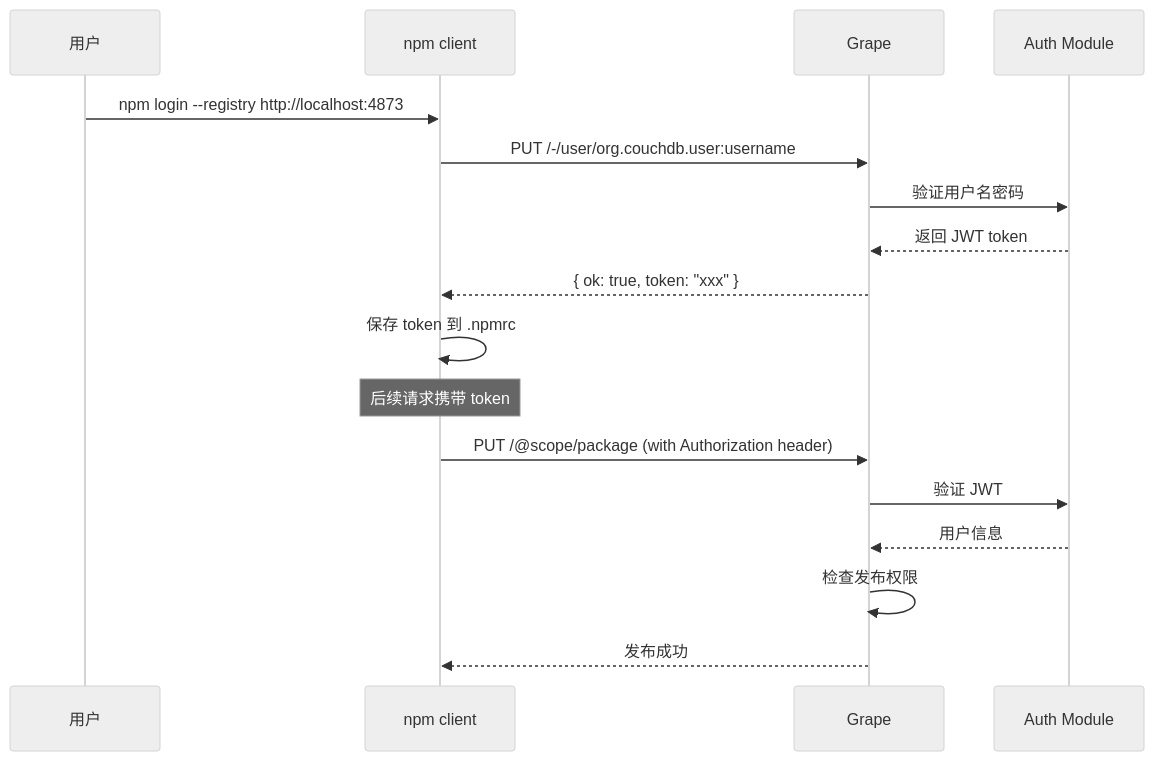
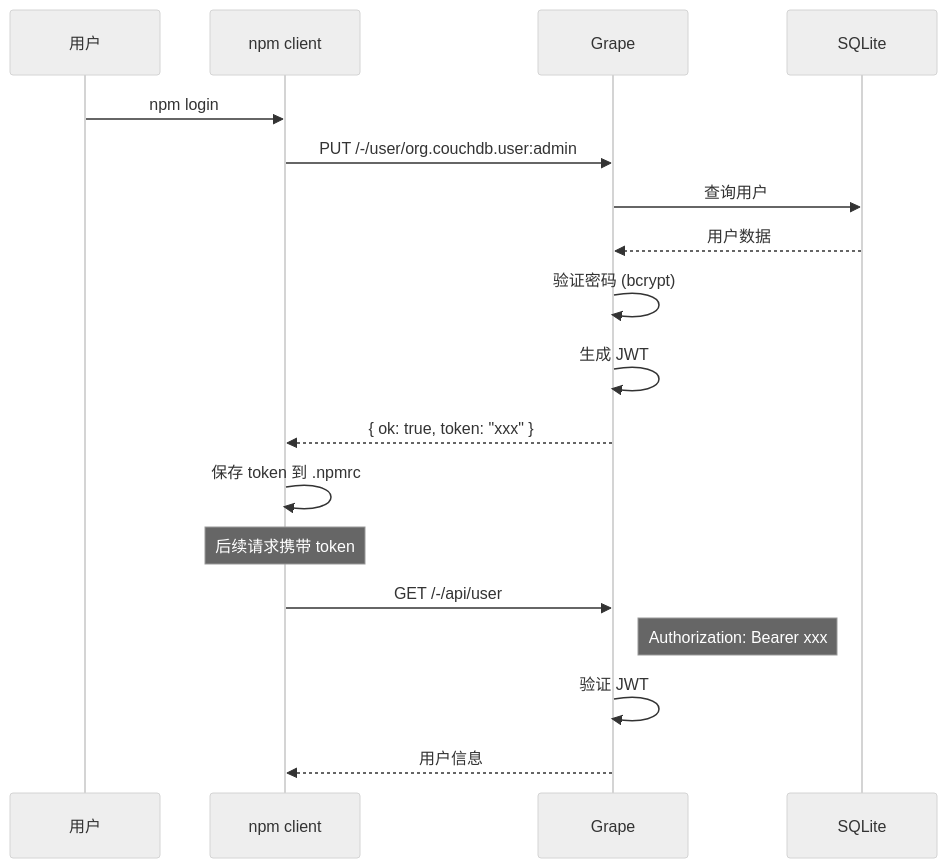
One commit to xiaodou997/grape changed the third of 5 diagrams in docs/IMPLEMENTATION.md. Above: the diagram before and after it, drawn with Mermaid (neutral theme). The commit also changed other lines of this file and 101 other files, not shown here.

````diff
--- a/docs/IMPLEMENTATION.md
+++ b/docs/IMPLEMENTATION.md
@@ -87,22 +192,23 @@
 ```mermaid
 sequenceDiagram
     participant U as 用户
     participant N as npm client
     participant G as Grape
-    participant A as Auth Module
+    participant DB as SQLite
 
-    U->>N: npm login --registry http://localhost:4873
-    N->>G: PUT /-/user/org.couchdb.user:username
-    G->>A: 验证用户名密码
-    A-->>G: 返回 JWT token
+    U->>N: npm login
+    N->>G: PUT /-/user/org.couchdb.user:admin
+    G->>DB: 查询用户
+    DB-->>G: 用户数据
+    G->>G: 验证密码 (bcrypt)
+    G->>G: 生成 JWT
     G-->>N: { ok: true, token: "xxx" }
     N->>N: 保存 token 到 .npmrc
     
     Note over N: 后续请求携带 token
     
-    N->>G: PUT /@scope/package (with Authorization header)
-    G->>A: 验证 JWT
-    A-->>G: 用户信息
-    G->>G: 检查发布权限
-    G-->>N: 发布成功
+    N->>G: GET /-/api/user
+    Note right of G: Authorization: Bearer xxx
+    G->>G: 验证 JWT
+    G-->>N: 用户信息
 ```
````
